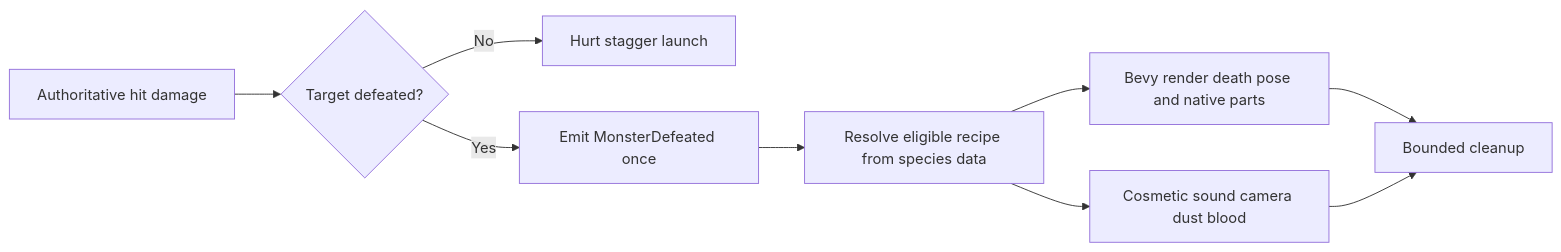
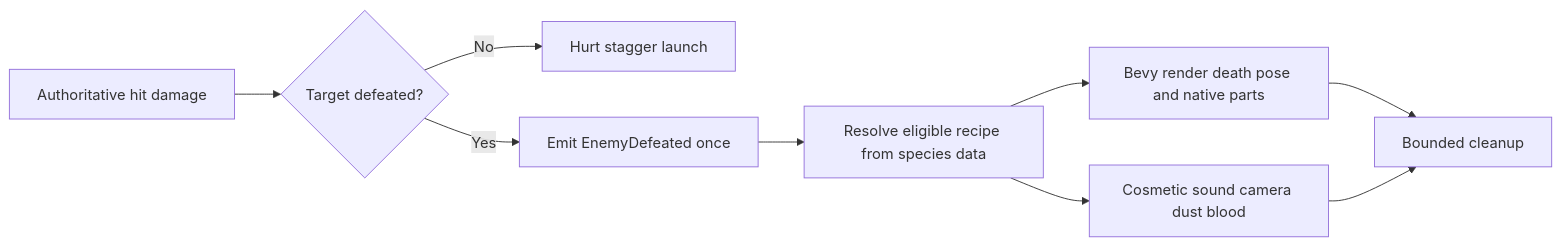
One commit to pando85/dungeon-floorbreak changed the diagram in docs/03-tech/monster-death-system-proposal.md. Above: the diagram before and after it, drawn with Mermaid. The commit also changed other lines of this file and 2 other files, not shown here.

````diff
--- a/docs/03-tech/monster-death-system-proposal.md
+++ b/docs/03-tech/monster-death-system-proposal.md
@@ -80,11 +95,11 @@
 ```mermaid
 flowchart LR
   A[Authoritative hit damage] --> B{Target defeated?}
   B -->|No| C[Hurt stagger launch]
-  B -->|Yes| D[Emit MonsterDefeated once]
+  B -->|Yes| D[Emit EnemyDefeated once]
   D --> E[Resolve eligible recipe from species data]
   E --> F[Bevy render death pose and native parts]
   E --> G[Cosmetic sound camera dust blood]
   F --> H[Bounded cleanup]
   G --> H
 ```
````
